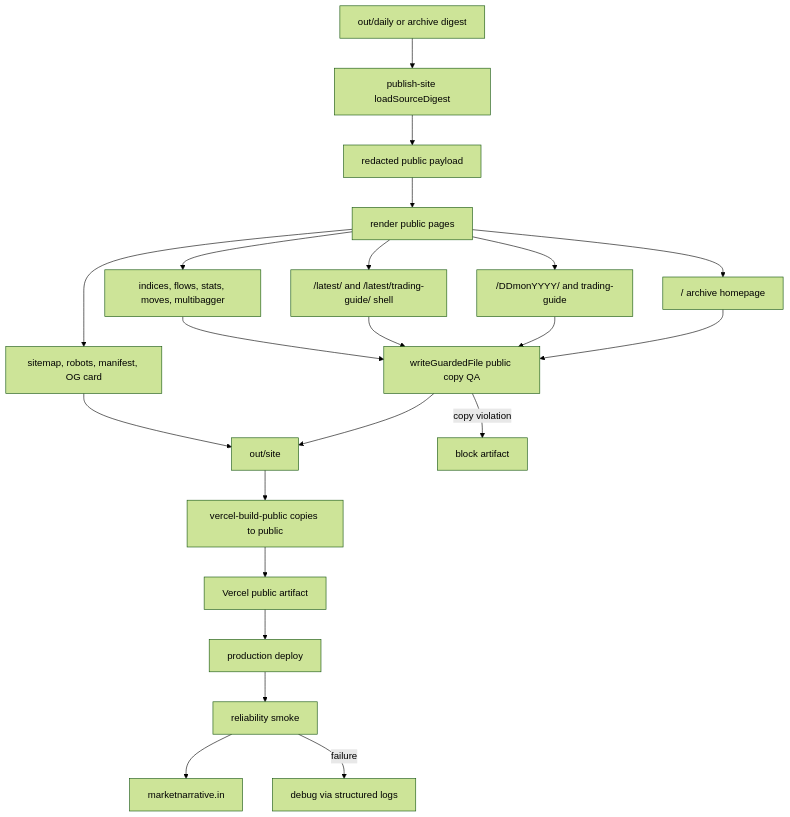
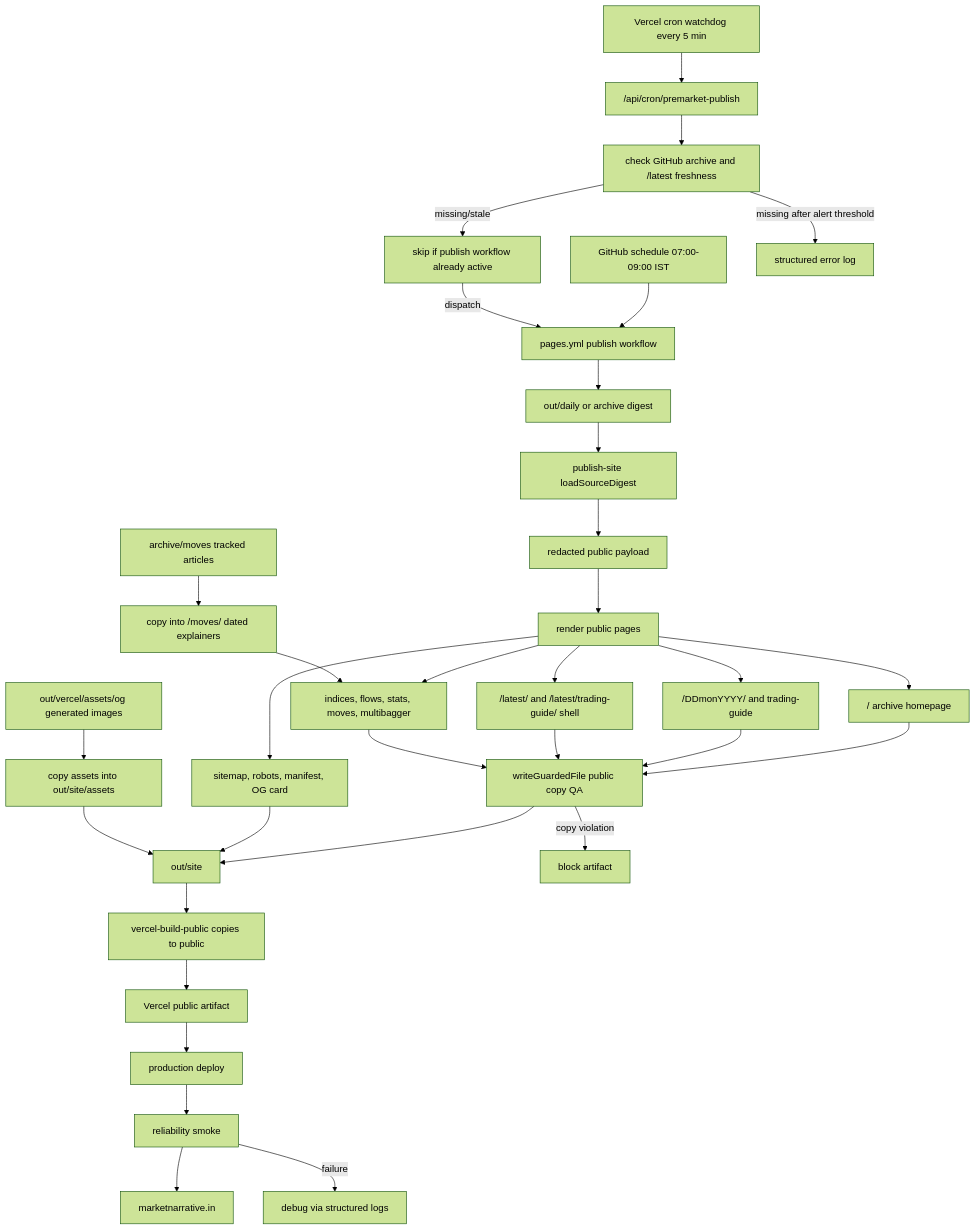
Before and after one commit to Abheydeep/marketNews: the diagram in context/architecture-diagrams/04-static-publish-deploy.mmd, drawn with Mermaid (forest theme). The commit also changed 33 other files, not shown here.

Commit message:
Harden premarket publish and public market boards

```diff
--- a/context/architecture-diagrams/04-static-publish-deploy.mmd
+++ b/context/architecture-diagrams/04-static-publish-deploy.mmd
@@ -1,24 +1,36 @@
 flowchart TD
+  GitHubSchedule["GitHub schedule 07:00-09:00 IST"] --> PagesWorkflow["pages.yml publish workflow"]
+  VercelCron["Vercel cron watchdog every 5 min"] --> CronApi["/api/cron/premarket-publish"]
+  CronApi --> ArchiveCheck["check GitHub archive and /latest freshness"]
+  ArchiveCheck -->|missing/stale| ActiveRunCheck["skip if publish workflow already active"]
+  ActiveRunCheck -->|dispatch| PagesWorkflow
+  ArchiveCheck -->|missing after alert threshold| HardAlert["structured error log"]
+  PagesWorkflow --> Digest
+
   Digest["out/daily or archive digest"] --> Load["publish-site loadSourceDigest"]
+  RuntimeAssets["out/vercel/assets/og generated images"] --> AssetCopy["copy assets into out/site/assets"]
   Load --> Redact["redacted public payload"]
   Redact --> Pages["render public pages"]
   Pages --> Home["/ archive homepage"]
   Pages --> Dated["/DDmonYYYY/ and trading-guide"]
   Pages --> Latest["/latest/ and /latest/trading-guide/ shell"]
   Pages --> Hubs["indices, flows, stats, moves, multibagger"]
   Pages --> SEO["sitemap, robots, manifest, OG card"]
+  MovesArchive["archive/moves tracked articles"] --> MovesCopy["copy into /moves/ dated explainers"]
+  MovesCopy --> Hubs
 
   Home --> Guard["writeGuardedFile public copy QA"]
   Dated --> Guard
   Latest --> Guard
   Hubs --> Guard
   Guard --> OutSite["out/site"]
   SEO --> OutSite
+  AssetCopy --> OutSite
   OutSite --> VercelBuild["vercel-build-public copies to public"]
   VercelBuild --> Artifact["Vercel public artifact"]
   Artifact --> Deploy["production deploy"]
   Deploy --> Smoke["reliability smoke"]
   Smoke --> Live["marketnarrative.in"]
 
   Guard -->|copy violation| Block["block artifact"]
   Smoke -->|failure| Incident["debug via structured logs"]
```
